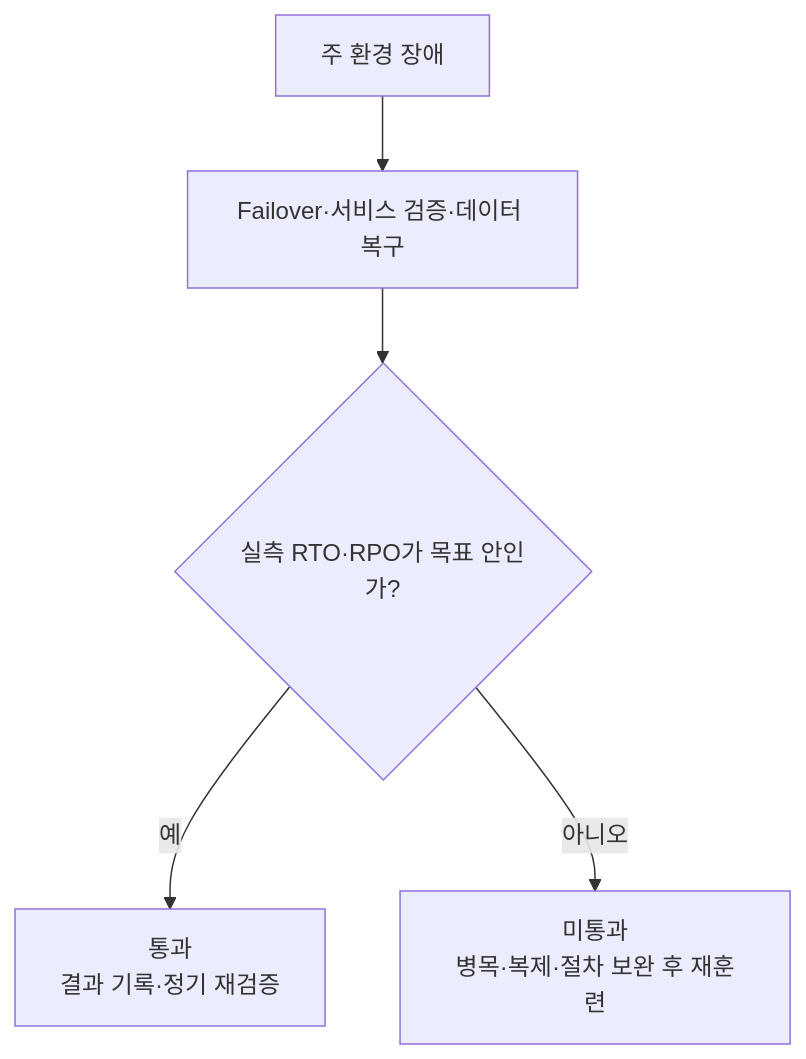
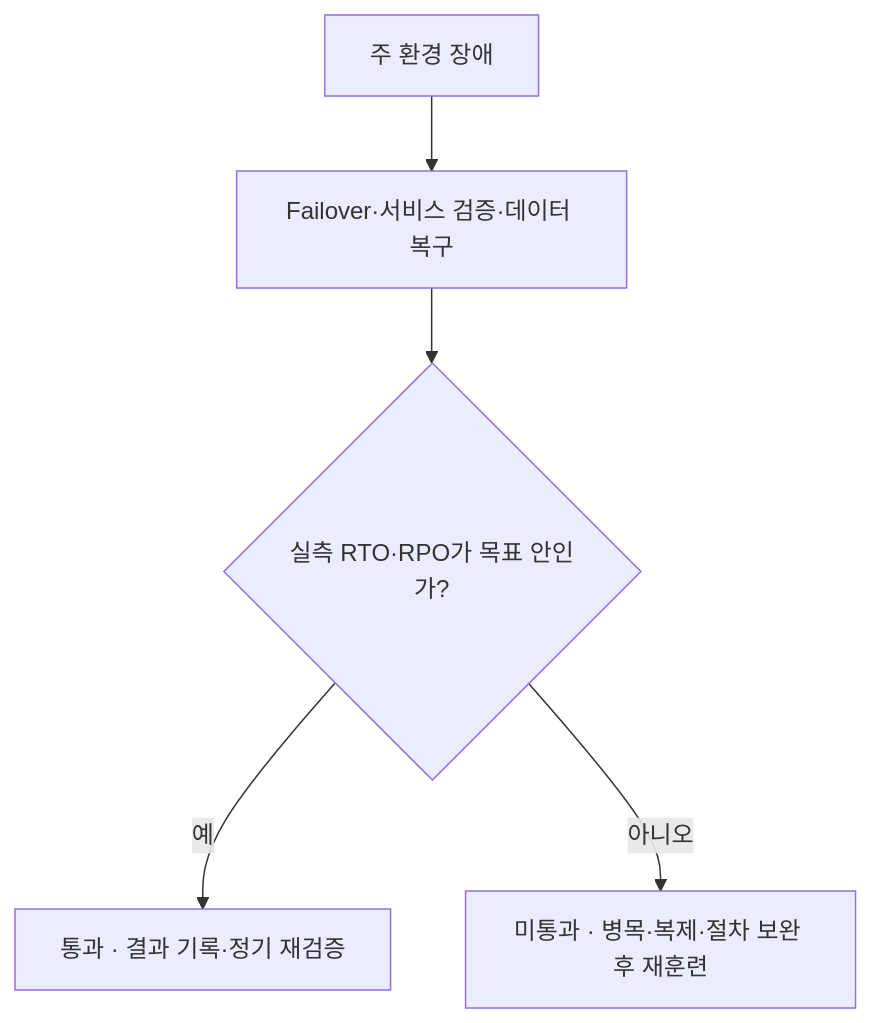
Before and after one commit to agnusdei1207/study: the third of 4 diagrams in src/content/docs/notes/itpe/01-it-strategy/018_rpo.md, drawn with Mermaid. The commit also changed other lines of this file and 19 other files, not shown here.

````diff
--- a/src/content/docs/notes/itpe/01-it-strategy/018_rpo.md
+++ b/src/content/docs/notes/itpe/01-it-strategy/018_rpo.md
@@ -94,7 +102,7 @@
 ```mermaid
 flowchart TD
     F["주 환경 장애"] --> S["Failover·서비스 검증·데이터 복구"]
     S --> Q{"실측 RTO·RPO가 목표 안인가?"}
-    Q -->|예| P["통과<br/>결과 기록·정기 재검증"]
-    Q -->|아니오| R["미통과<br/>병목·복제·절차 보완 후 재훈련"]
+    Q -->|예| P["통과 · 결과 기록·정기 재검증"]
+    Q -->|아니오| R["미통과 · 병목·복제·절차 보완 후 재훈련"]
 ```
````
